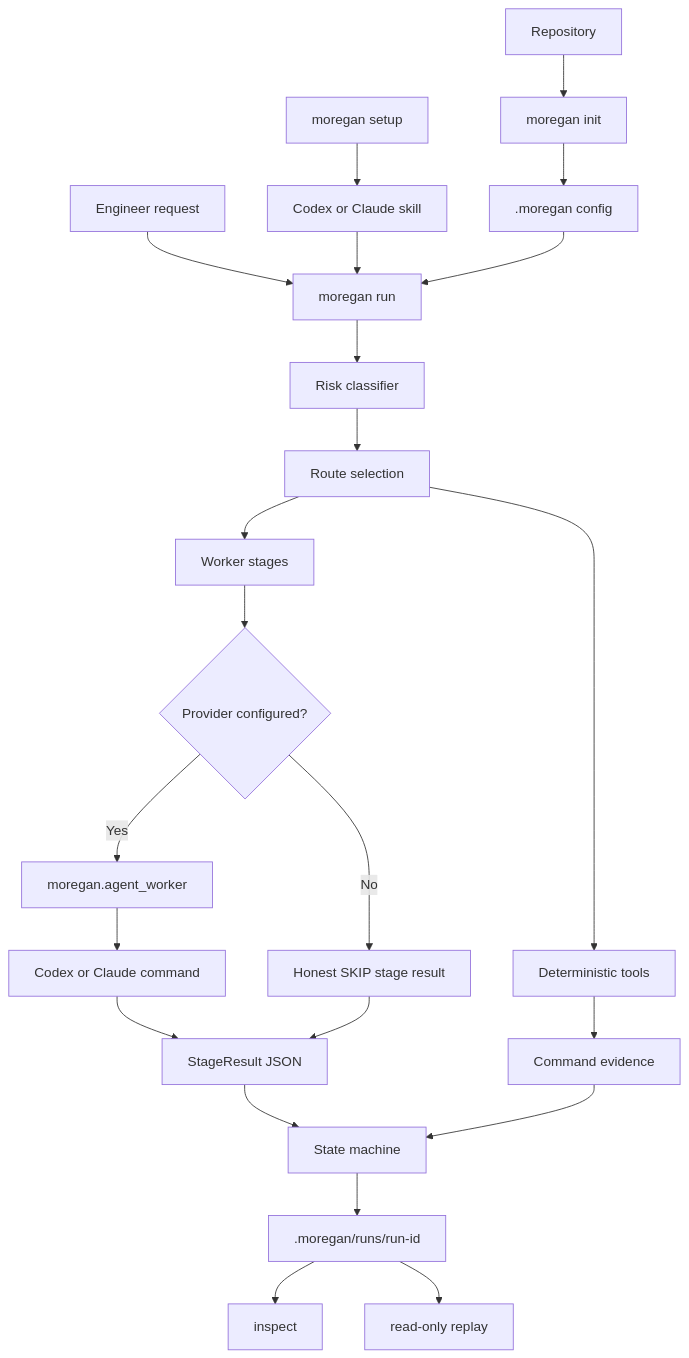
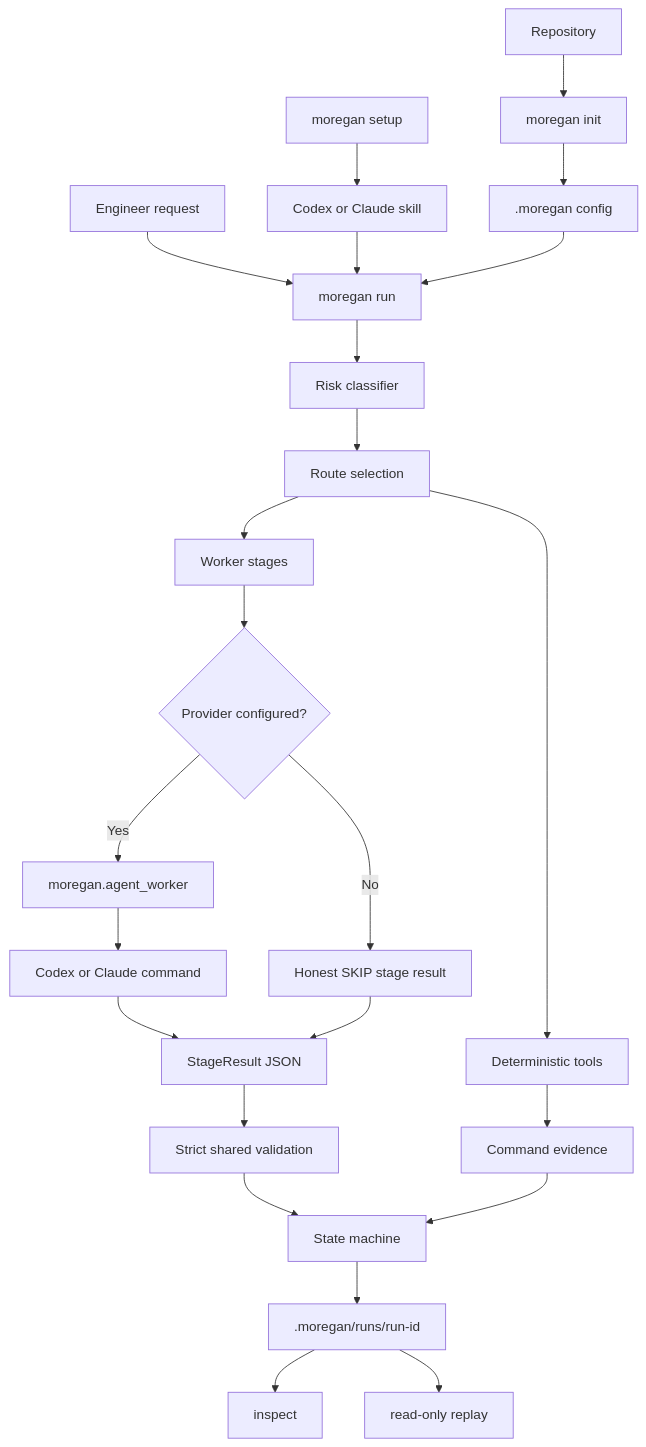
The diagram in README.md (suyesh/moregan), drawn with Mermaid before and after one commit. The commit also changed other lines of this file and 21 other files, not shown here.

Commit message:
Harden runtime outcomes and shared provider validation

````diff
--- a/README.md
+++ b/README.md
@@ -35,29 +35,30 @@
 ```mermaid
 flowchart TD
   Setup[moregan setup] --> Skill[Codex or Claude skill]
   Repo[Repository] --> Init[moregan init]
   Init --> Config[.moregan config]
   Request[Engineer request] --> Runtime[moregan run]
   Skill --> Runtime
   Config --> Runtime
 
   Runtime --> Risk[Risk classifier]
   Risk --> Route[Route selection]
 
   Route --> Workers[Worker stages]
   Workers --> Adapter{Provider configured?}
   Adapter -->|No| DryRun[Honest SKIP stage result]
   Adapter -->|Yes| AgentWorker[moregan.agent_worker]
   AgentWorker --> Provider[Codex or Claude command]
   Provider --> StageResult[StageResult JSON]
   DryRun --> StageResult
 
   Route --> Tools[Deterministic tools]
   Tools --> Evidence[Command evidence]
 
-  StageResult --> State[State machine]
+  StageResult --> Validation[Strict shared validation]
+  Validation --> State[State machine]
   Evidence --> State
   State --> Trace[.moregan/runs/run-id]
   Trace --> Inspect[inspect]
   Trace --> Replay[read-only replay]
 ```
````
